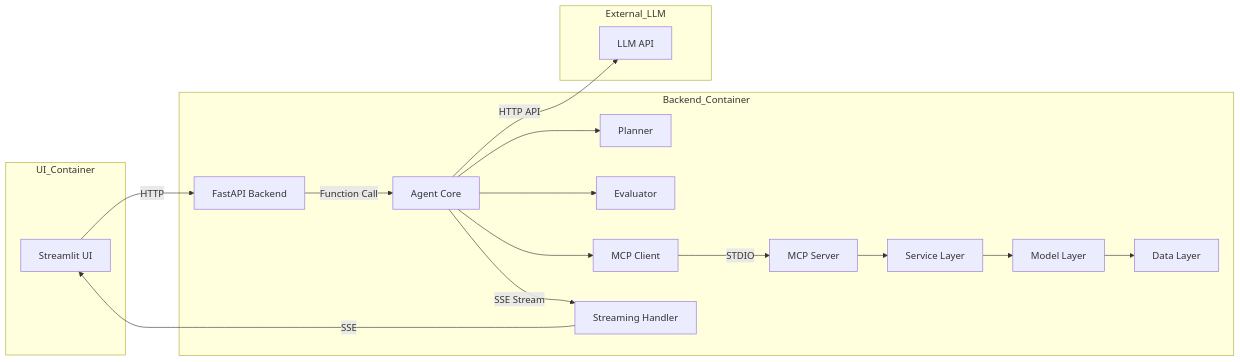
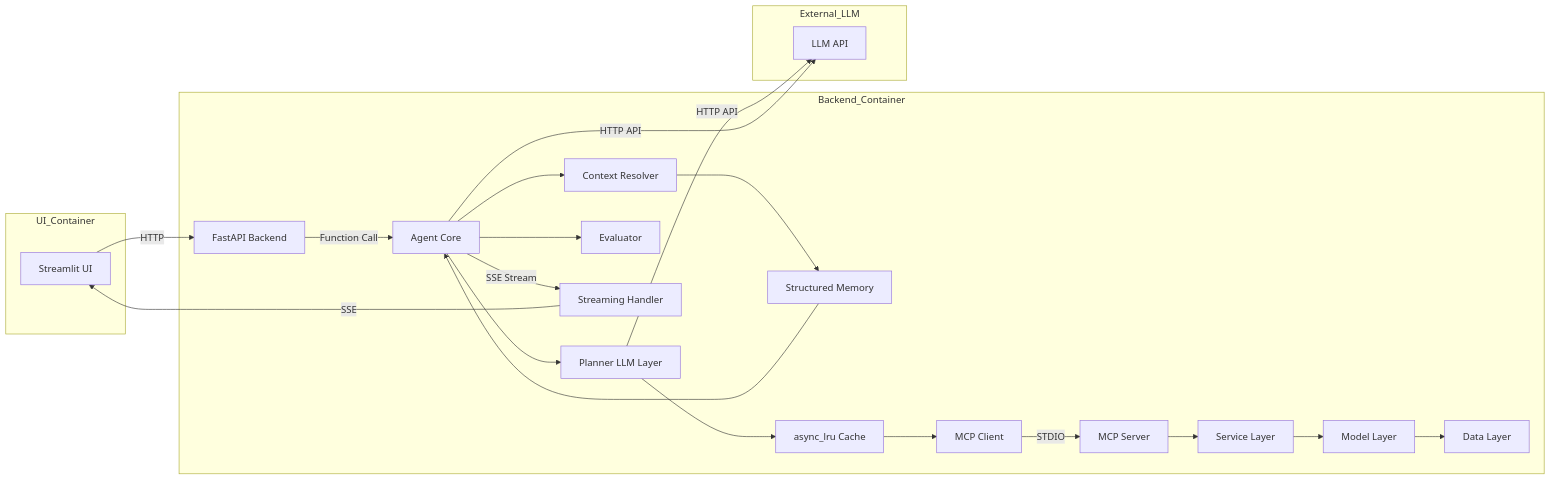
The first of 5 diagrams in README.md (jayjp0321/data-science-ai), drawn with Mermaid before and after one commit. The commit also changed other lines of this file and 5 other files, not shown here.

First line of the commit message:
feat: implement memory-first context resolver with structured memory and cached MCP tool calls

````diff
--- a/README.md
+++ b/README.md
@@ -45,38 +101,73 @@
 ```mermaid
 %%{init: {'theme':'default'}}%%
 flowchart LR
 
+    %% -------------------------
+    %% UI Container
+    %% -------------------------
     subgraph UI_Container
         UI[Streamlit UI]
     end
 
+    %% -------------------------
+    %% Backend Container
+    %% -------------------------
     subgraph Backend_Container
 
         API[FastAPI Backend]
 
-        API -->|Function Call| Agent[Agent Core]
+        Agent[Agent Core]
 
-        Agent --> Planner[Planner]
-        Agent --> Evaluator[Evaluator]
+        Resolver[Context Resolver]
 
-        Agent --> MCPClient[MCP Client]
+        Memory[Structured Memory]
 
-        Agent -->|SSE Stream| StreamHandler[Streaming Handler]
+        Planner[Planner LLM Layer]
 
+        Cache[async_lru Cache]
+
+        Evaluator[Evaluator]
+
+        MCPClient[MCP Client]
+
+        StreamHandler[Streaming Handler]
+
+        %% Internal Flow
+        API -->|Function Call| Agent
+
+        Agent --> Resolver
+        Resolver --> Memory
+        Memory --> Agent
+
+        Agent --> Planner
+        Planner --> Cache
+
+        Cache --> MCPClient
         MCPClient -->|STDIO| MCPServer[MCP Server]
 
         MCPServer --> Services[Service Layer]
         Services --> Models[Model Layer]
         Models --> Data[Data Layer]
 
+        Agent --> Evaluator
+
+        Agent -->|SSE Stream| StreamHandler
+
     end
 
+    %% -------------------------
+    %% External LLM
+    %% -------------------------
     subgraph External_LLM
         LLM[LLM API]
     end
 
+    %% -------------------------
+    %% Communication
+    %% -------------------------
     UI -->|HTTP| API
     StreamHandler -->|SSE| UI
 
+    Planner -->|HTTP API| LLM
     Agent -->|HTTP API| LLM
 ```
````
